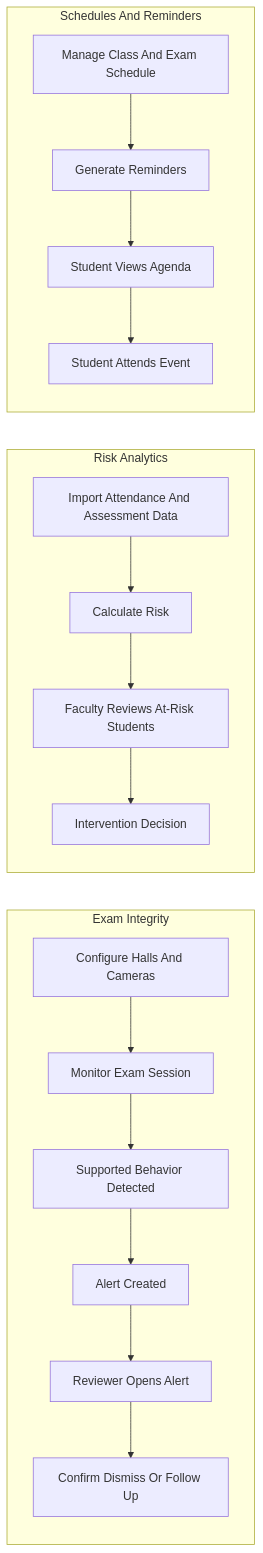
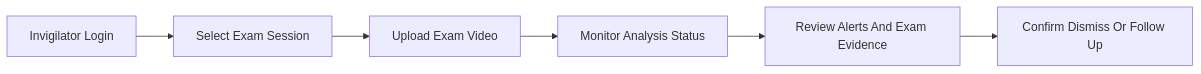
One commit to Hasib105/sightline changed the third of 6 diagrams in docs/product/02-domain-workflows-and-data.md. Above: the diagram before and after it, drawn with Mermaid. The commit also changed other lines of this file and 22 other files, not shown here.

First line of the commit message:
feat: add student exams page with ProcBot monitoring and exam attempt submission

````diff
--- a/docs/product/02-domain-workflows-and-data.md
+++ b/docs/product/02-domain-workflows-and-data.md
@@ -21,22 +37,8 @@
 ```mermaid
 flowchart LR
-  subgraph Integrity[Exam Integrity]
-    CFG[Configure Halls And Cameras] --> MON[Monitor Exam Session]
-    MON --> DET[Supported Behavior Detected]
-    DET --> ALT[Alert Created]
-    ALT --> REV[Reviewer Opens Alert]
-    REV --> ACT[Confirm Dismiss Or Follow Up]
-  end
-
-  subgraph Analytics[Risk Analytics]
-    IMP[Import Attendance And Assessment Data] --> CALC[Calculate Risk]
-    CALC --> RSK[Faculty Reviews At-Risk Students]
-    RSK --> INTV[Intervention Decision]
-  end
-
-  subgraph Schedules[Schedules And Reminders]
-    SCH[Manage Class And Exam Schedule] --> REM[Generate Reminders]
-    REM --> AGD[Student Views Agenda]
-    AGD --> ATT[Student Attends Event]
-  end
+  A[Invigilator Login] --> B[Select Exam Session]
+  B --> C[Upload Exam Video]
+  C --> D[Monitor Analysis Status]
+  D --> E[Review Alerts And Exam Evidence]
+  E --> F[Confirm Dismiss Or Follow Up]
 ```
````
